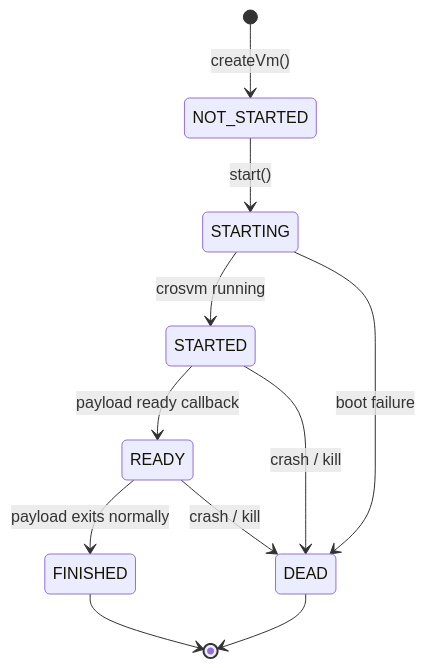
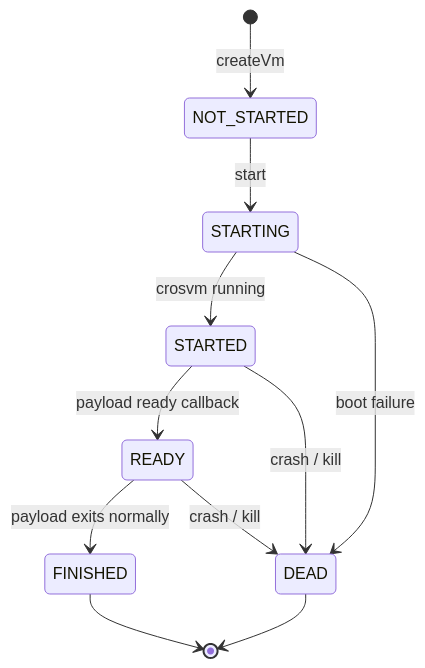
Diagram 13 of 34 in 54-virtualization.md (fwrite0920/aosp-internal-book), drawn with Mermaid before and after one commit. The commit also changed other lines of this file and 21 other files, not shown here.

First line of the commit message:
Fix Mermaid diagrams and formatting in Parts IX-XV and Appendix A (chapters 40-63)

````diff
--- a/54-virtualization.md
+++ b/54-virtualization.md
@@ -1638,13 +1638,13 @@
 ```mermaid
 stateDiagram-v2
-    [*] --> NOT_STARTED: createVm()
-    NOT_STARTED --> STARTING: start()
+    [*] --> NOT_STARTED: createVm
+    NOT_STARTED --> STARTING: start
     STARTING --> STARTED: crosvm running
     STARTED --> READY: payload ready callback
     READY --> FINISHED: payload exits normally
     READY --> DEAD: crash / kill
     STARTED --> DEAD: crash / kill
     STARTING --> DEAD: boot failure
     FINISHED --> [*]
     DEAD --> [*]
 ```
````
